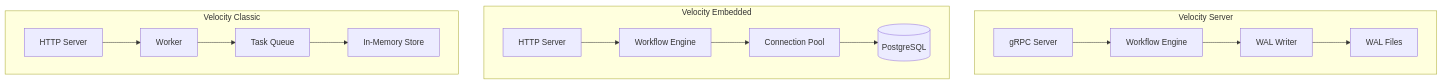
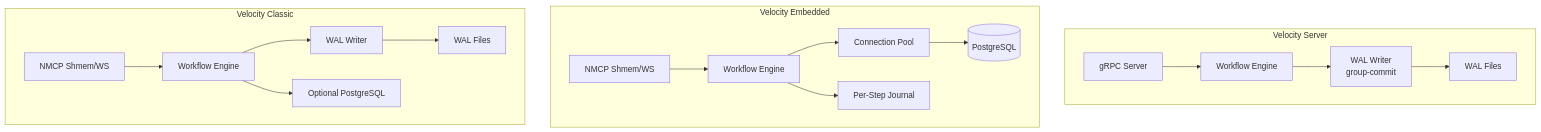
Before and after one commit to UnitBuilds-CC/V.E.L.O.C.I.T.Y.-WorkFlow: the fourth of 5 diagrams in .qoder/repowiki/en/content/Flavor Comparison Guide.md, drawn with Mermaid. The commit also changed other lines of this file and 18 other files, not shown here.

````diff
--- a/.qoder/repowiki/en/content/Flavor Comparison Guide.md
+++ b/.qoder/repowiki/en/content/Flavor Comparison Guide.md
@@ -126,20 +132,22 @@
 ```mermaid
 graph TB
     subgraph "Velocity Server"
         S1[gRPC Server] --> S2[Workflow Engine]
-        S2 --> S3[WAL Writer]
+        S2 --> S3[WAL Writer<br/>group-commit]
         S3 --> S4[WAL Files]
     end
     
     subgraph "Velocity Embedded"
-        E1[HTTP Server] --> E2[Workflow Engine]
+        E1[NMCP Shmem/WS] --> E2[Workflow Engine]
         E2 --> E3[Connection Pool]
         E3 --> E4[(PostgreSQL)]
+        E2 --> E5[Per-Step Journal]
     end
     
     subgraph "Velocity Classic"
-        C1[HTTP Server] --> C2[Worker]
-        C2 --> C3[Task Queue]
-        C3 --> C4[In-Memory Store]
+        C1[NMCP Shmem/WS] --> C2[Workflow Engine]
+        C2 --> C3[WAL Writer]
+        C3 --> C4[WAL Files]
+        C2 --> C5[Optional PostgreSQL]
     end
 ```
````
